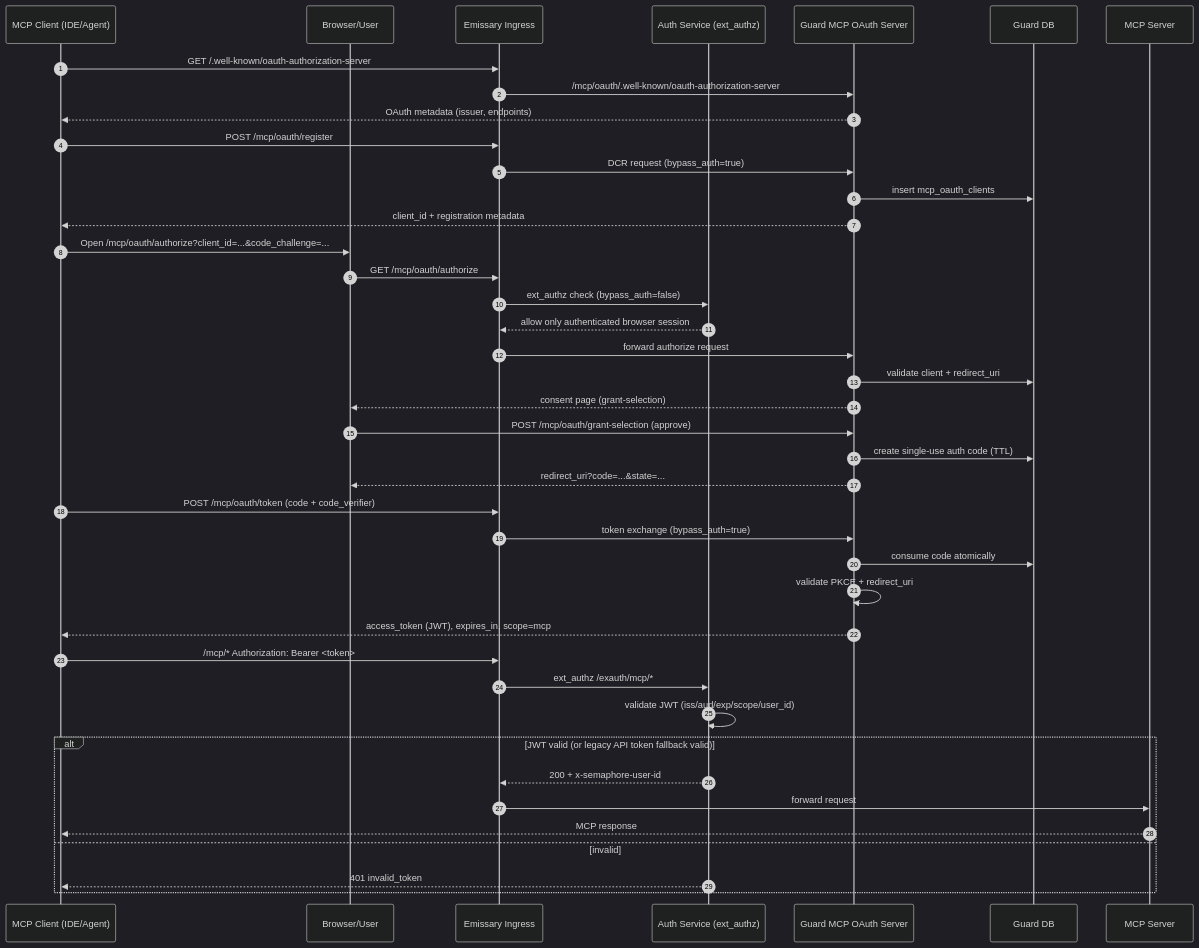
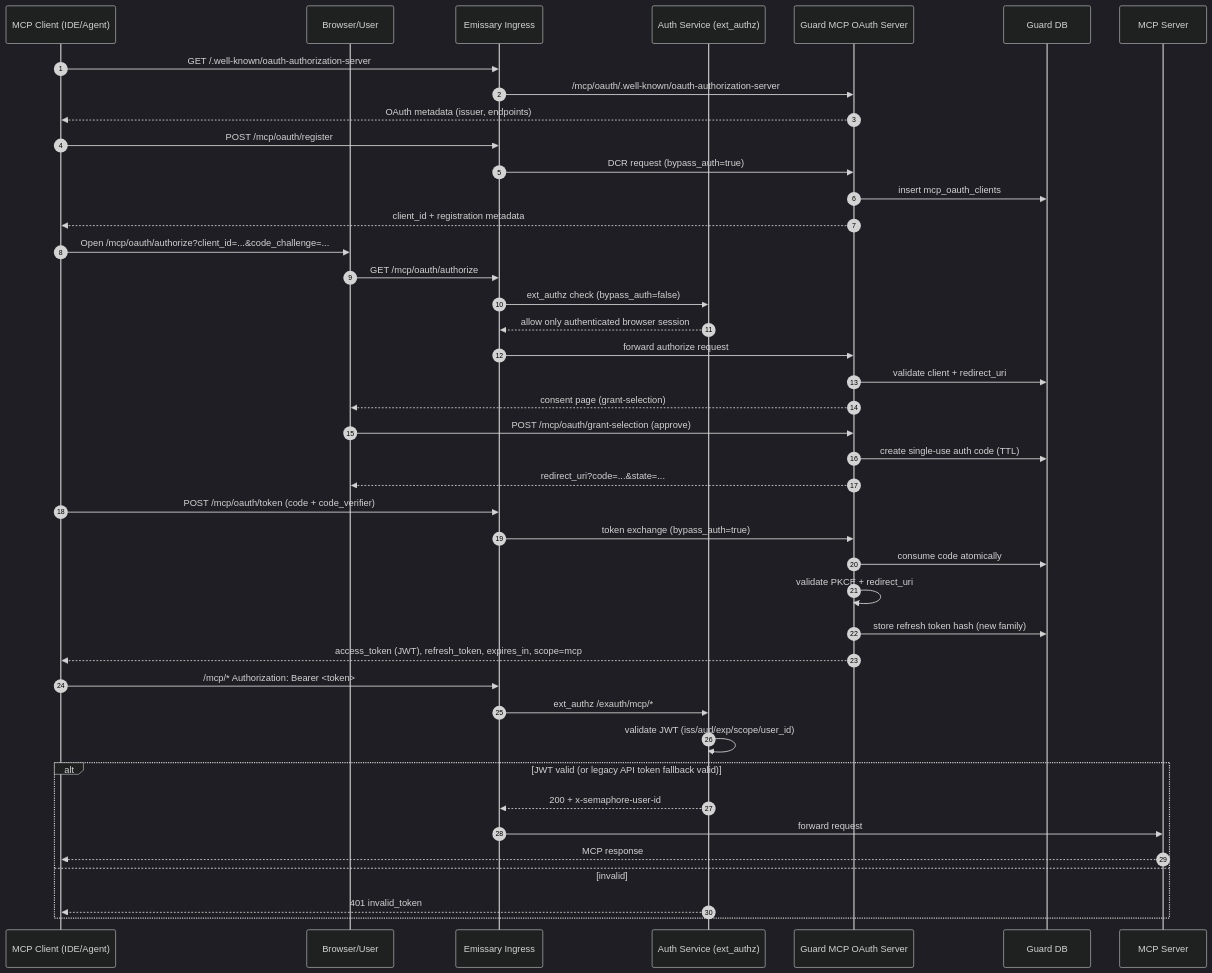
The second of 3 diagrams in mcp_server/OAUTH_FLOW.md (semaphoreio/semaphore), drawn with Mermaid (dark theme) before and after one commit. The commit also changed other lines of this file and 13 other files, not shown here.

First line of the commit message:
feat(guard): issue MCP OAuth refresh tokens with rotation

````diff
--- a/mcp_server/OAUTH_FLOW.md
+++ b/mcp_server/OAUTH_FLOW.md
@@ -28,49 +28,50 @@
 ```mermaid
 sequenceDiagram
     autonumber
     participant Client as MCP Client (IDE/Agent)
     participant Browser as Browser/User
     participant Ingress as Emissary Ingress
     participant Auth as Auth Service (ext_authz)
     participant Guard as Guard MCP OAuth Server
     participant DB as Guard DB
     participant MCP as MCP Server
 
     Client->>Ingress: GET /.well-known/oauth-authorization-server
     Ingress->>Guard: /mcp/oauth/.well-known/oauth-authorization-server
     Guard-->>Client: OAuth metadata (issuer, endpoints)
 
     Client->>Ingress: POST /mcp/oauth/register
     Ingress->>Guard: DCR request (bypass_auth=true)
     Guard->>DB: insert mcp_oauth_clients
     Guard-->>Client: client_id + registration metadata
 
     Client->>Browser: Open /mcp/oauth/authorize?client_id=...&code_challenge=...
     Browser->>Ingress: GET /mcp/oauth/authorize
     Ingress->>Auth: ext_authz check (bypass_auth=false)
     Auth-->>Ingress: allow only authenticated browser session
     Ingress->>Guard: forward authorize request
     Guard->>DB: validate client + redirect_uri
     Guard-->>Browser: consent page (grant-selection)
 
     Browser->>Guard: POST /mcp/oauth/grant-selection (approve)
     Guard->>DB: create single-use auth code (TTL)
     Guard-->>Browser: redirect_uri?code=...&state=...
 
     Client->>Ingress: POST /mcp/oauth/token (code + code_verifier)
     Ingress->>Guard: token exchange (bypass_auth=true)
     Guard->>DB: consume code atomically
     Guard->>Guard: validate PKCE + redirect_uri
-    Guard-->>Client: access_token (JWT), expires_in, scope=mcp
+    Guard->>DB: store refresh token hash (new family)
+    Guard-->>Client: access_token (JWT), refresh_token, expires_in, scope=mcp
 
     Client->>Ingress: /mcp/* Authorization: Bearer <token>
     Ingress->>Auth: ext_authz /exauth/mcp/*
     Auth->>Auth: validate JWT (iss/aud/exp/scope/user_id)
     alt JWT valid (or legacy API token fallback valid)
         Auth-->>Ingress: 200 + x-semaphore-user-id
         Ingress->>MCP: forward request
         MCP-->>Client: MCP response
     else invalid
         Auth-->>Client: 401 invalid_token
     end
 ```
````
